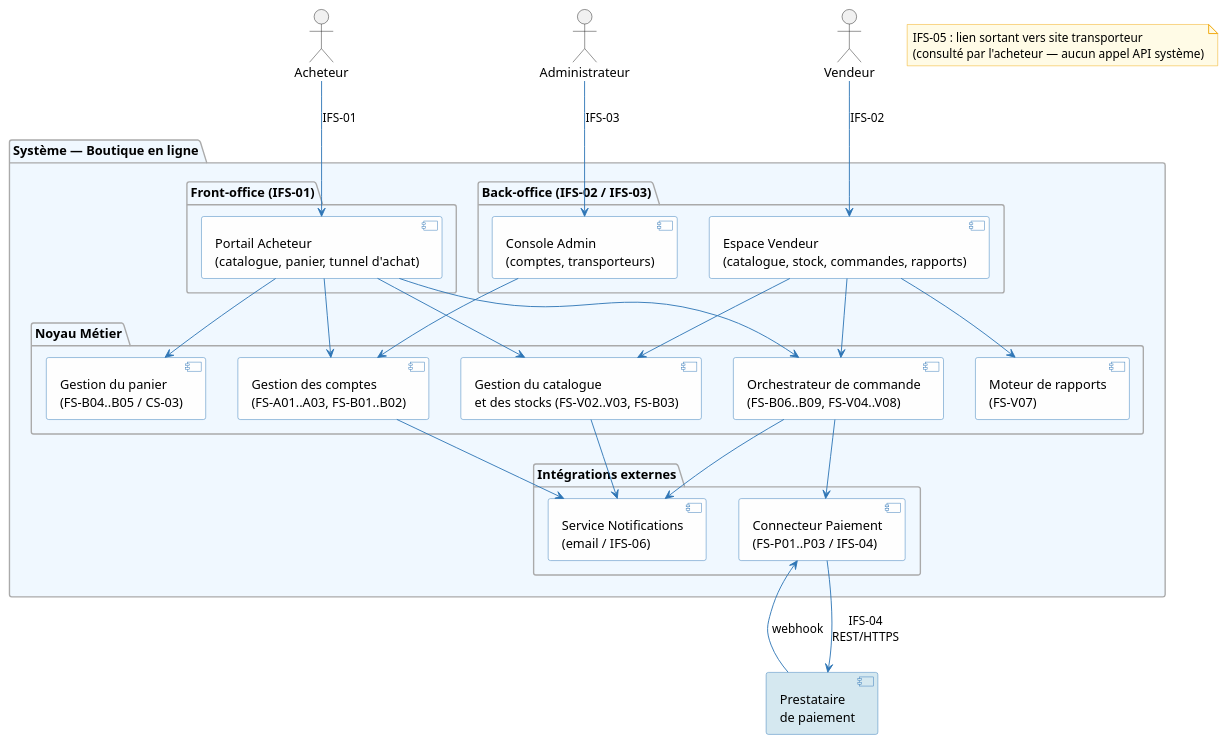
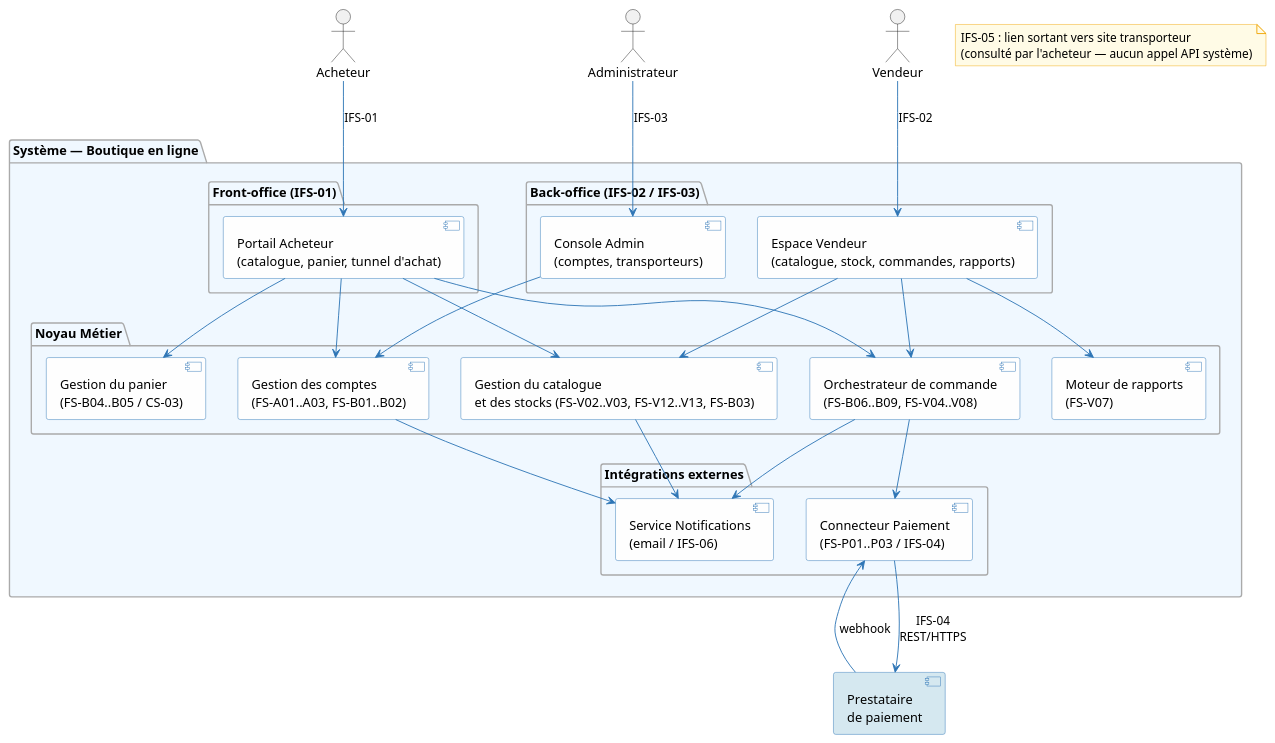
The fifth of 5 diagrams in architecture/02-system-analysis/sa.adoc (louistalvande/online_shop), drawn with PlantUML before and after one commit. The commit also changed other lines of this file and 4 other files, not shown here.

```diff
--- a/architecture/02-system-analysis/sa.adoc
+++ b/architecture/02-system-analysis/sa.adoc
@@ -1372,69 +1374,69 @@
 [plantuml, sa-components, svg]
 ----
 skinparam componentBackgroundColor #FEFEFE
 skinparam componentBorderColor #2E75B6
 skinparam arrowColor #2E75B6
 skinparam interfaceBackgroundColor #E8F4FD
 skinparam interfaceBorderColor #2E75B6
 skinparam noteBackgroundColor #FFFBE6
 skinparam noteBorderColor #F0A500
 skinparam packageBackgroundColor #F0F8FF
 skinparam packageBorderColor #AAAAAA
 
 actor "Acheteur" as Buyer
 actor "Vendeur" as Vendor
 actor "Administrateur" as Admin
 
 package "Système — Boutique en ligne" {
 
   package "Front-office (IFS-01)" {
     [Portail Acheteur\n(catalogue, panier, tunnel d'achat)] as FrontBuyer
   }
 
   package "Back-office (IFS-02 / IFS-03)" {
     [Espace Vendeur\n(catalogue, stock, commandes, rapports)] as BackVendor
     [Console Admin\n(comptes, transporteurs)] as BackAdmin
   }
 
   package "Noyau Métier" {
     [Gestion des comptes\n(FS-A01..A03, FS-B01..B02)] as AccountSvc
-    [Gestion du catalogue\net des stocks (FS-V02..V03, FS-B03)] as CatalogSvc
+    [Gestion du catalogue\net des stocks (FS-V02..V03, FS-V12..V13, FS-B03)] as CatalogSvc
     [Gestion du panier\n(FS-B04..B05 / CS-03)] as CartSvc
     [Orchestrateur de commande\n(FS-B06..B09, FS-V04..V08)] as OrderSvc
     [Moteur de rapports\n(FS-V07)] as ReportSvc
   }
 
   package "Intégrations externes" {
     [Connecteur Paiement\n(FS-P01..P03 / IFS-04)] as PaySvc
     [Service Notifications\n(email / IFS-06)] as NotifSvc
   }
 
 }
 
 component "Prestataire\nde paiement" as ExtPayment #D5E8F0
 
 Buyer --> FrontBuyer : IFS-01
 Vendor --> BackVendor : IFS-02
 Admin --> BackAdmin : IFS-03
 
 FrontBuyer --> AccountSvc
 FrontBuyer --> CatalogSvc
 FrontBuyer --> CartSvc
 FrontBuyer --> OrderSvc
 
 BackVendor --> CatalogSvc
 BackVendor --> OrderSvc
 BackVendor --> ReportSvc
 
 BackAdmin --> AccountSvc
 
 OrderSvc --> PaySvc
 OrderSvc --> NotifSvc
 AccountSvc --> NotifSvc
 CatalogSvc --> NotifSvc
 
 PaySvc --> ExtPayment : IFS-04\nREST/HTTPS
 ExtPayment --> PaySvc : webhook
 
 note "IFS-05 : lien sortant vers site transporteur\n(consulté par l'acheteur — aucun appel API système)" as N1
 ----
```
